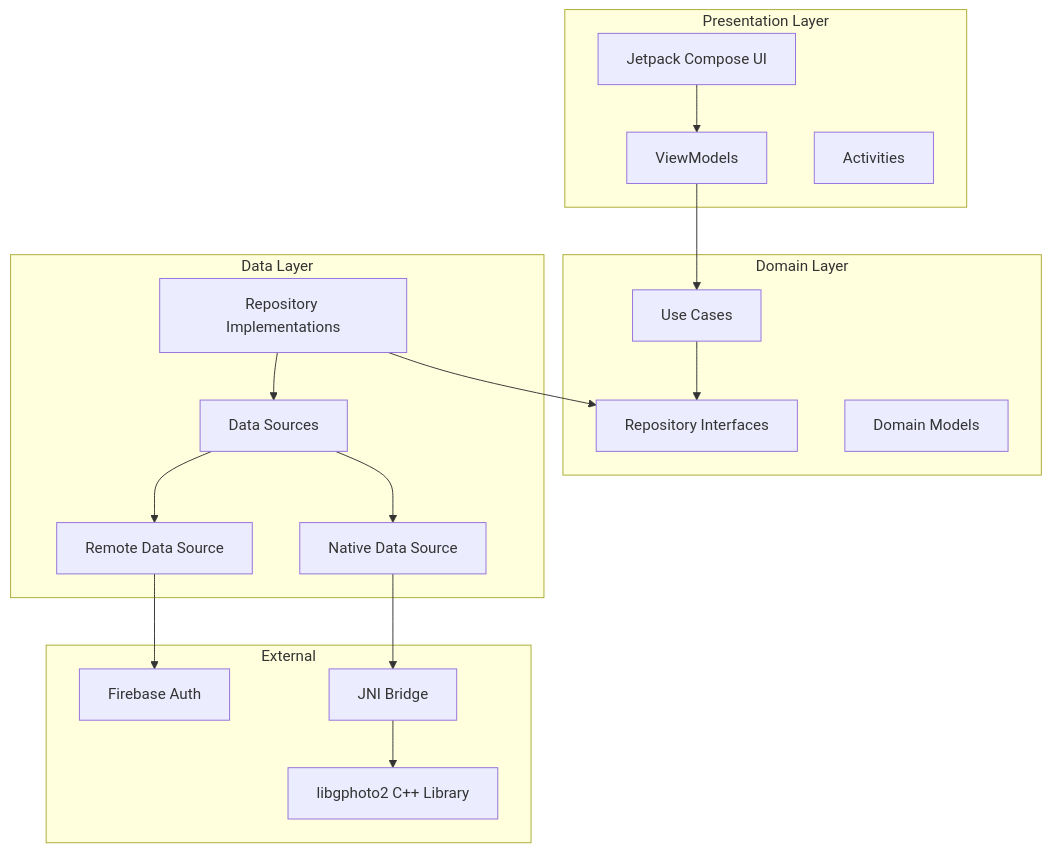
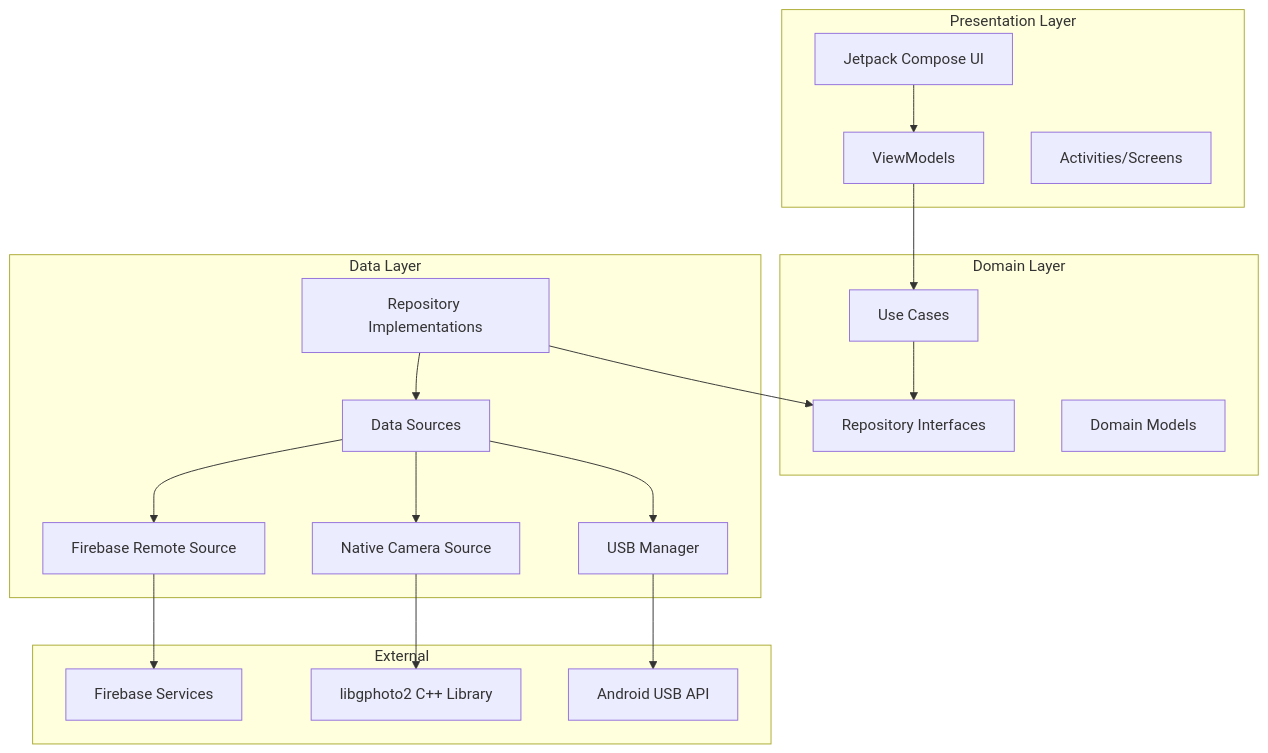
One commit to INI-K/CamCon_Pub changed the first of 6 diagrams in README.md. Above: the diagram before and after it, drawn with Mermaid. The commit also changed other lines of this file and 5 other files, not shown here.

````diff
--- a/README.md
+++ b/README.md
@@ -23,38 +76,40 @@
 ```mermaid
 graph TB
     subgraph "Presentation Layer"
         A[Jetpack Compose UI]
         B[ViewModels]
-        C[Activities]
+        C[Activities/Screens]
     end
     
     subgraph "Domain Layer"
         D[Use Cases]
         E[Repository Interfaces]
         F[Domain Models]
     end
     
     subgraph "Data Layer"
         G[Repository Implementations]
         H[Data Sources]
-        I[Remote Data Source]
-        J[Native Data Source]
+        I[Firebase Remote Source]
+        J[Native Camera Source]
+        K[USB Manager]
     end
     
     subgraph "External"
-        K[Firebase Auth]
-        L[libgphoto2 C++ Library]
-        M[JNI Bridge]
+        L[Firebase Services]
+        M[libgphoto2 C++ Library]
+        N[Android USB API]
     end
     
     A --> B
     B --> D
     D --> E
     G --> E
     G --> H
     H --> I
     H --> J
-    I --> K
+    H --> K
+    I --> L
     J --> M
-    M --> L
+    K --> N
 ```
````
